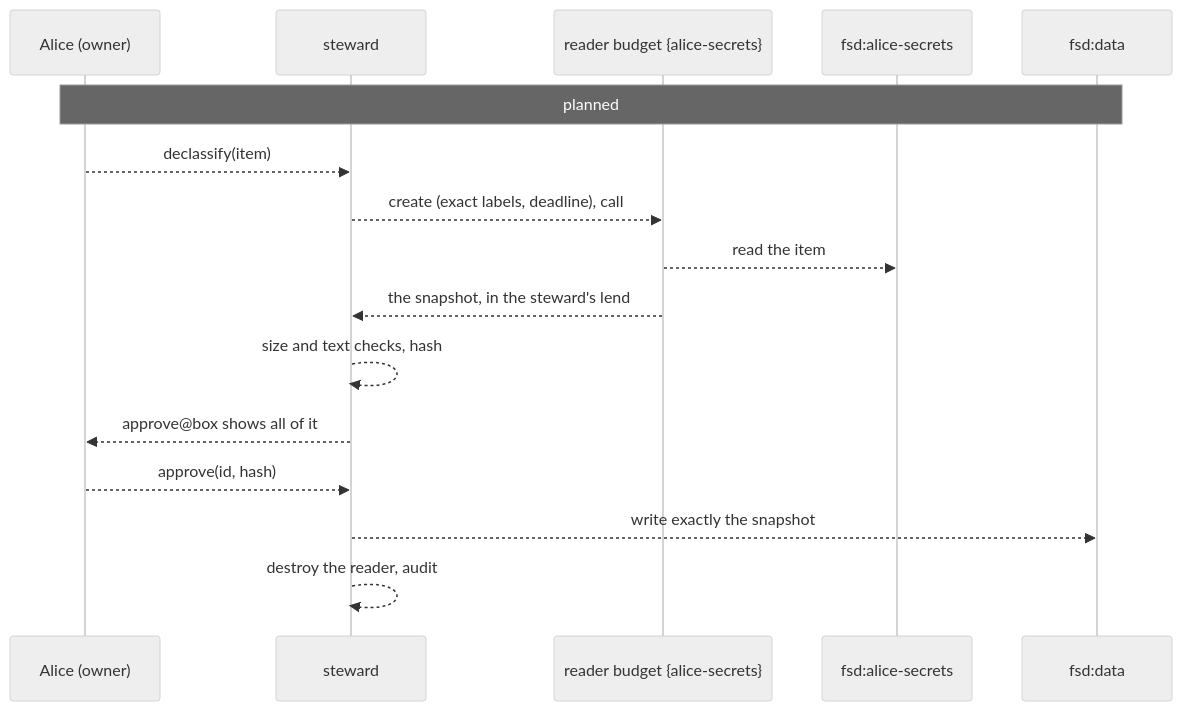
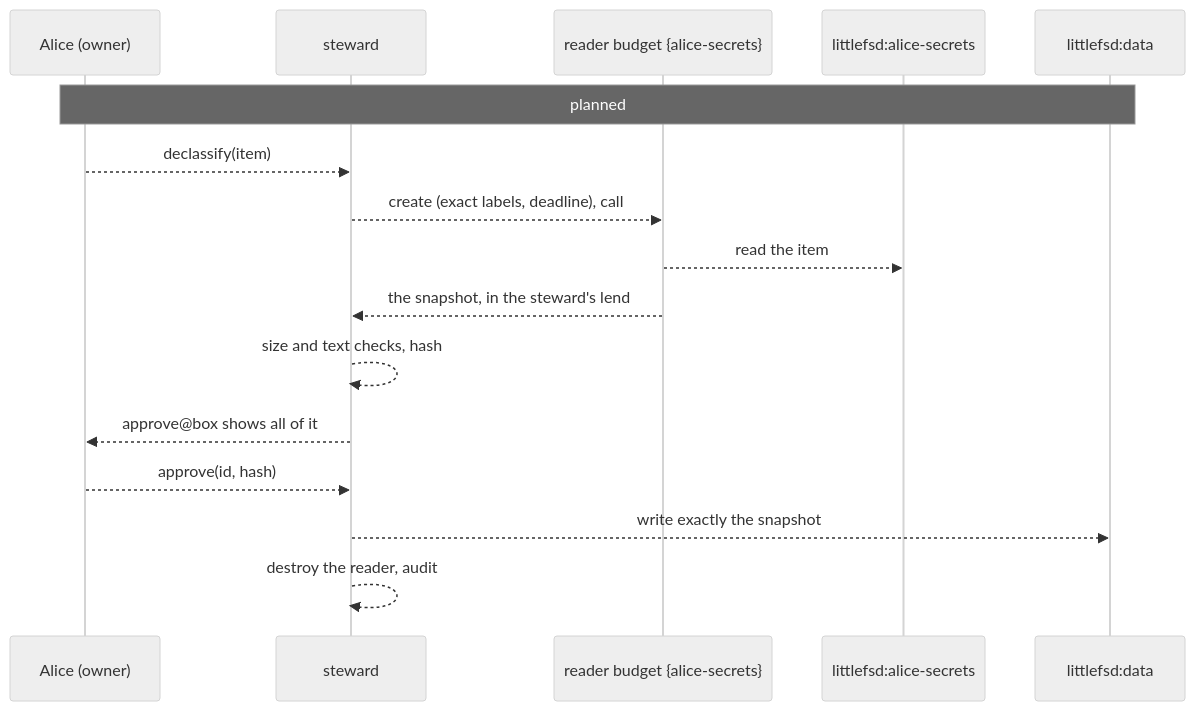
Before and after one commit to sirmick/redoubt: the third of 3 diagrams in docs/servers/steward.md, drawn with Mermaid (neutral theme). The commit also changed other lines of this file and 25 other files, not shown here.

````diff
--- a/docs/servers/steward.md
+++ b/docs/servers/steward.md
@@ -596,18 +596,18 @@
 ```mermaid
 sequenceDiagram
     participant P as Alice (owner)
     participant ST as steward
     participant R as reader budget {alice-secrets}
-    participant V as fsd:alice-secrets
-    participant U as fsd:data
+    participant V as littlefsd:alice-secrets
+    participant U as littlefsd:data
     Note over P,U: planned
     P-->>ST: declassify(item)
     ST-->>R: create (exact labels, deadline), call
     R-->>V: read the item
     R-->>ST: the snapshot, in the steward's lend
     ST-->>ST: size and text checks, hash
     ST-->>P: approve@box shows all of it
     P-->>ST: approve(id, hash)
     ST-->>U: write exactly the snapshot
     ST-->>ST: destroy the reader, audit
 ```
````
